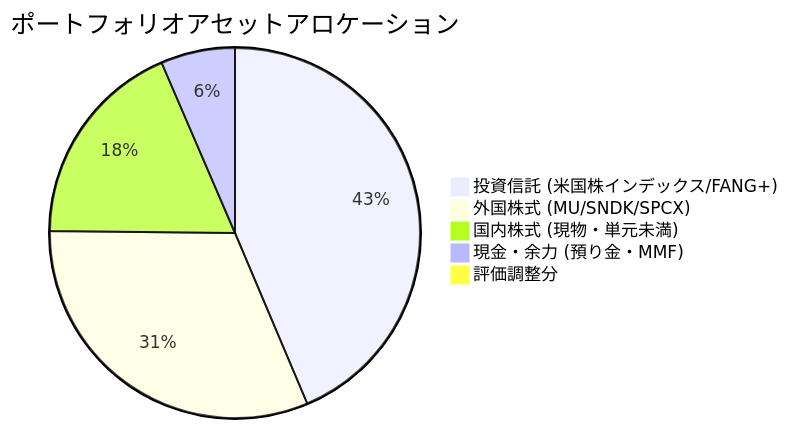
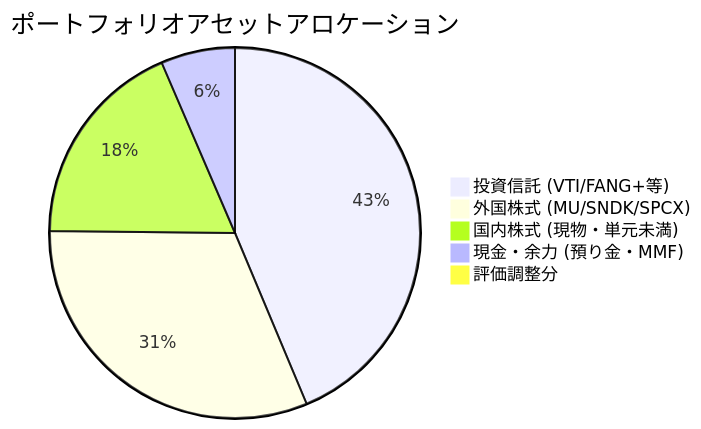
The diagram in reports/portfolio-latest.md (kiti1924/ai-berkshire), drawn with Mermaid before and after one commit. The commit also changed other lines of this file, not shown here.

````diff
--- a/reports/portfolio-latest.md
+++ b/reports/portfolio-latest.md
@@ -75,8 +83,8 @@
 ```mermaid
 pie title ポートフォリオアセットアロケーション
-    "投資信託 (米国株インデックス/FANG+)" : 2439167
+    "投資信託 (VTI/FANG+等)" : 2445771
     "外国株式 (MU/SNDK/SPCX)" : 1763184
-    "国内株式 (現物・単元未満)" : 1026594
-    "現金・余力 (預り金・MMF)" : 362131
-    "評価調整分" : 49680
+    "国内株式 (現物・単元未満)" : 1028017
+    "現金・余力 (預り金・MMF)" : 362134
+    "評価調整分" : 43680
 ```
````
